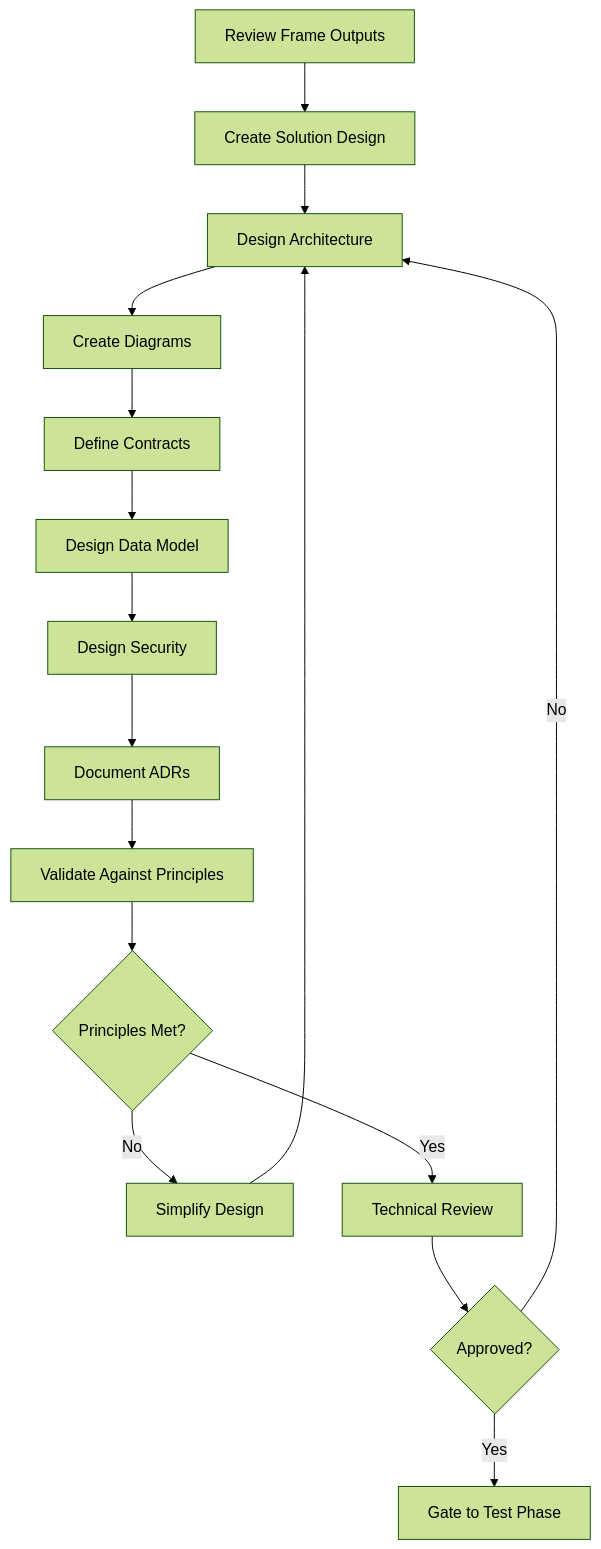
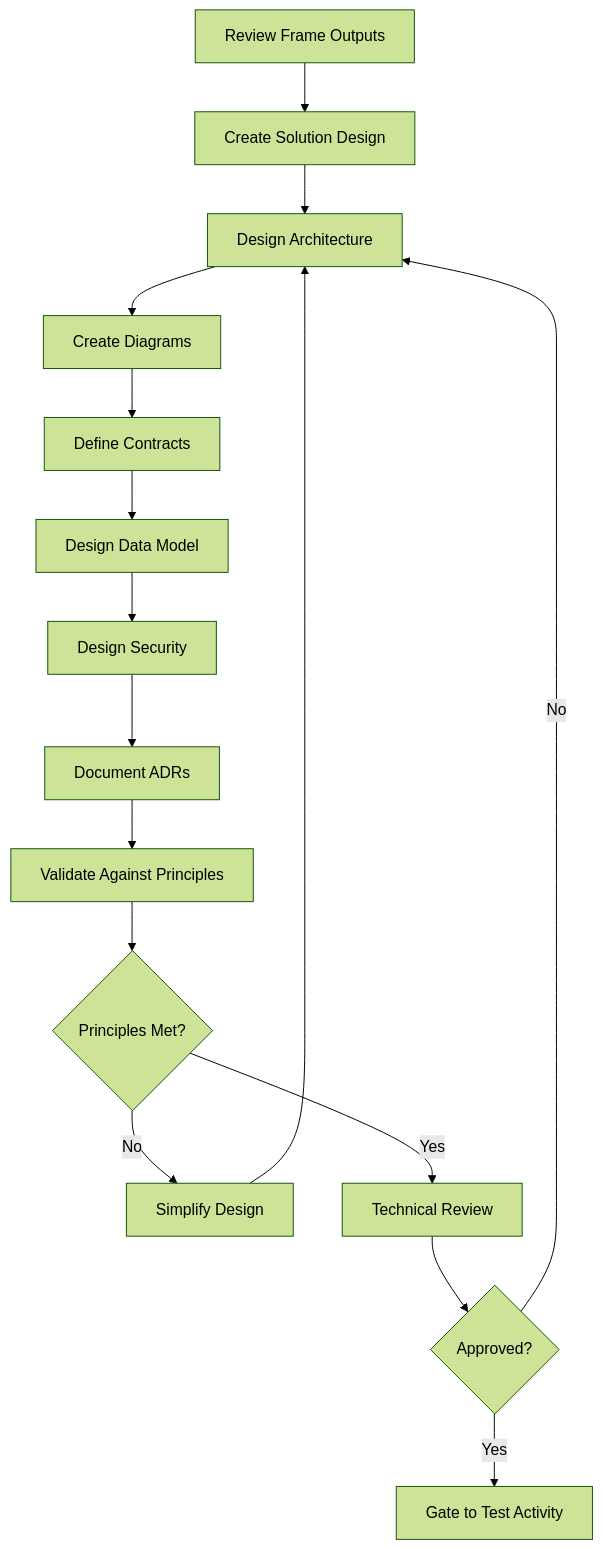
Before and after one commit to easel/helix: the second of 2 diagrams in workflows/phases/02-design/README.md, drawn with Mermaid (forest theme). The commit also changed other lines of this file and 88 other files, not shown here.

First line of the commit message:
workflows: rename phase → activity in methodology prose

````diff
--- a/workflows/phases/02-design/README.md
+++ b/workflows/phases/02-design/README.md
@@ -319,18 +319,18 @@
 ```mermaid
 graph TD
     A[Review Frame Outputs] --> B[Create Solution Design]
     B --> C[Design Architecture]
     C --> D[Create Diagrams]
     D --> E[Define Contracts]
     E --> F[Design Data Model]
     F --> G[Design Security]
     G --> H[Document ADRs]
     H --> I[Validate Against Principles]
     I --> J{Principles Met?}
     J -->|No| K[Simplify Design]
     K --> C
     J -->|Yes| L[Technical Review]
     L --> M{Approved?}
     M -->|No| C
-    M -->|Yes| N[Gate to Test Phase]
+    M -->|Yes| N[Gate to Test Activity]
 ```
````
